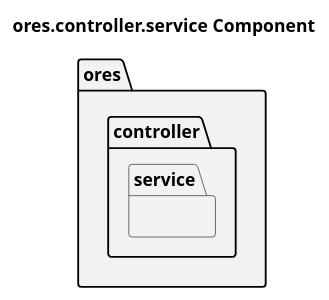
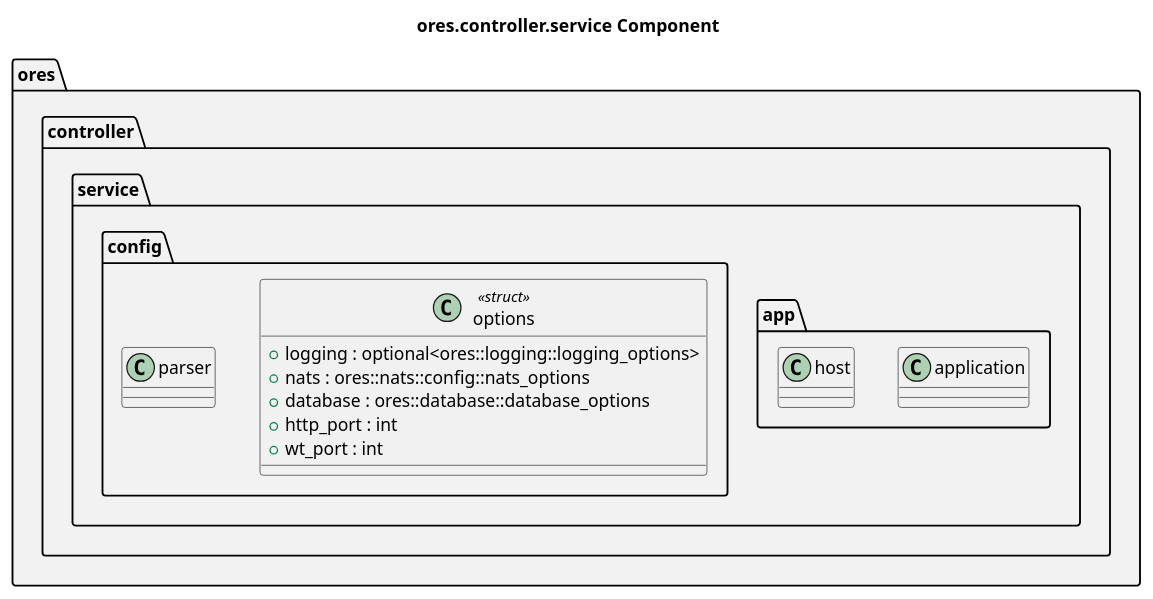
Before and after one commit to OreStudio/OreStudio: the diagram in projects/ores.controller.service/modeling/ores.controller.service.puml, drawn with PlantUML. The commit also changed 85 other files, not shown here.

First line of the commit message:
[modeling] Bulk-generate component PlantUML class diagrams

```diff
--- a/projects/ores.controller.service/modeling/ores.controller.service.puml
+++ b/projects/ores.controller.service/modeling/ores.controller.service.puml
@@ -18,15 +18,36 @@
 @startuml
 
 title ores.controller.service Component
 
 set namespaceSeparator ::
 
 namespace ores #F2F2F2 {
     namespace controller #F2F2F2 {
         namespace service #F2F2F2 {
-            ' Service entry point types to be added.
+            namespace app #F2F2F2 {
+                class application {
+                }
+                class host {
+                }
+            }
+            namespace config #F2F2F2 {
+                class options <<struct>> {
+                    +logging : optional<ores::logging::logging_options>
+                    +nats : ores::nats::config::nats_options
+                    +database : ores::database::database_options
+                    +http_port : int
+                    +wt_port : int
+                }
+                class parser {
+                }
+            }
         }
     }
 }
 
+' --- manual: everything below this line is hand-authored; the script preserves it ---
+
+' Local Variables:
+' compile-command: "java -Djava.awt.headless=true -DPLANTUML_SECURITY_PROFILE=UNSECURE -DPLANTUML_LIMIT_SIZE=65535 -jar /usr/share/plantuml/plantuml.jar ores.controller.service.puml"
+' End:
 @enduml
```
